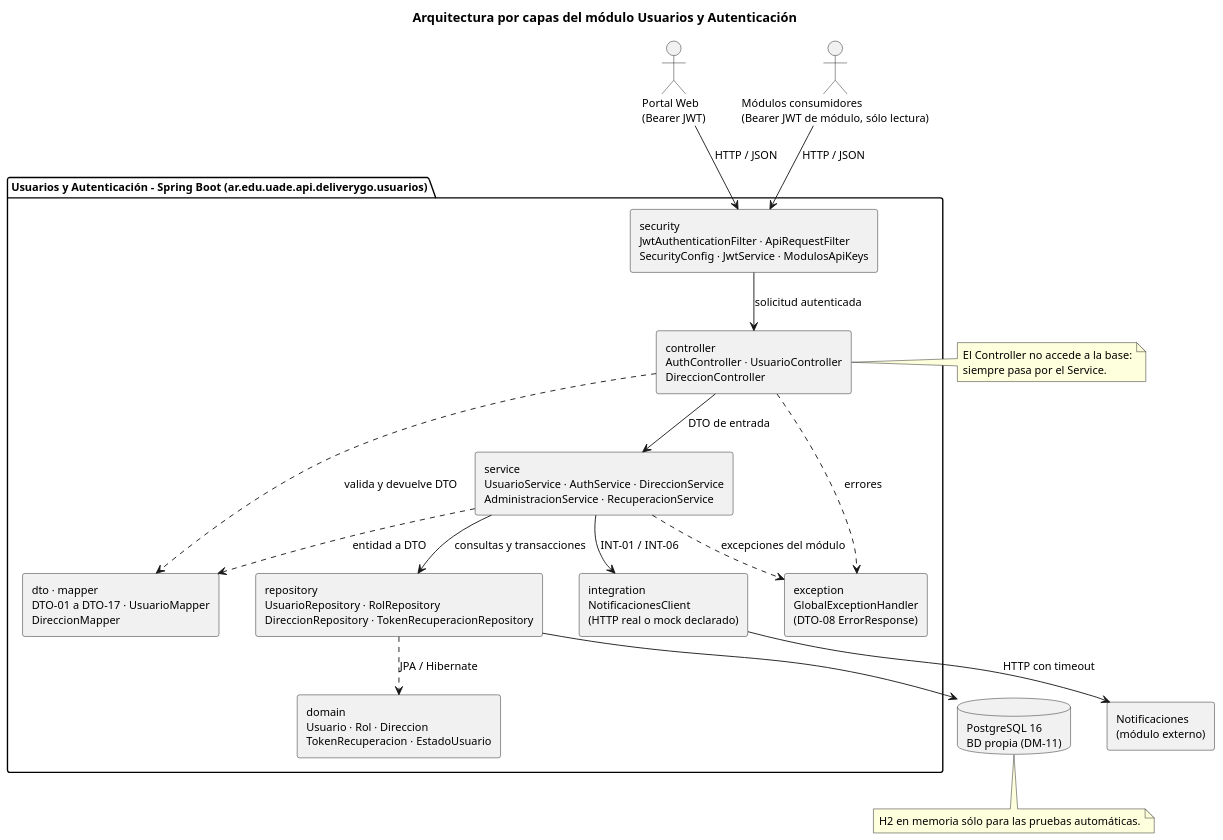
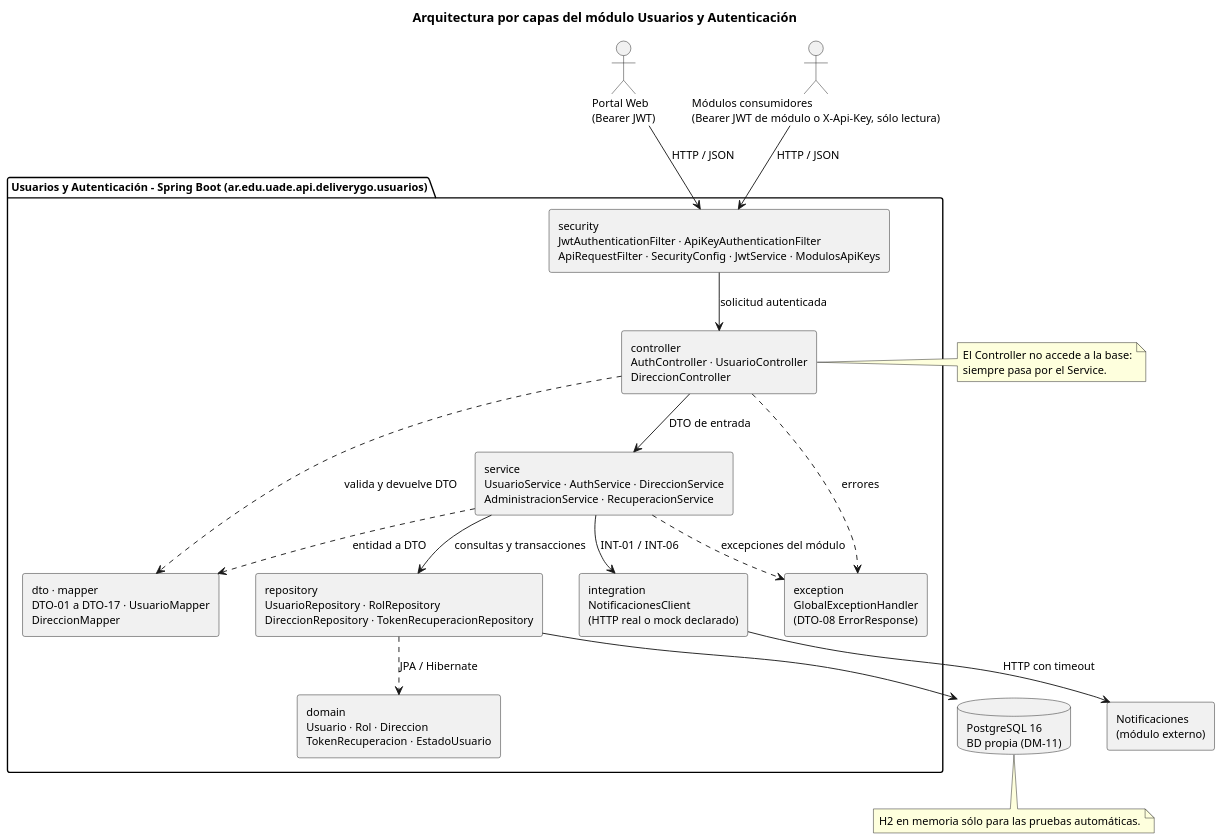
One commit to CarlaGorgal2002/deliverygo-usuarios-auth changed the diagram in doc/Diagramas/arquitectura.puml. Above: the diagram before and after it, drawn with PlantUML. The commit also changed 25 other files, not shown here.

First line of the commit message:
feat: Usuarios acepta el JWT de módulo y también X-Api-Key

```diff
--- a/doc/Diagramas/arquitectura.puml
+++ b/doc/Diagramas/arquitectura.puml
@@ -1,44 +1,44 @@
 @startuml arquitectura
 skinparam dpi 120
 skinparam shadowing false
 skinparam defaultFontName Arial
 skinparam defaultFontSize 12
 skinparam componentStyle rectangle
 skinparam nodesep 40
 skinparam ranksep 45
 title Arquitectura por capas del módulo Usuarios y Autenticación
 
 actor "Portal Web\n(Bearer JWT)" as Portal
-actor "Módulos consumidores\n(Bearer JWT de módulo, sólo lectura)" as Mods
+actor "Módulos consumidores\n(Bearer JWT de módulo o X-Api-Key, sólo lectura)" as Mods
 
 package "Usuarios y Autenticación - Spring Boot (ar.edu.uade.api.deliverygo.usuarios)" {
-  component "security\nJwtAuthenticationFilter · ApiRequestFilter\nSecurityConfig · JwtService · ModulosApiKeys" as Sec
+  component "security\nJwtAuthenticationFilter · ApiKeyAuthenticationFilter\nApiRequestFilter · SecurityConfig · JwtService · ModulosApiKeys" as Sec
   component "controller\nAuthController · UsuarioController\nDireccionController" as Ctrl
   component "dto · mapper\nDTO-01 a DTO-17 · UsuarioMapper\nDireccionMapper" as Dto
   component "service\nUsuarioService · AuthService · DireccionService\nAdministracionService · RecuperacionService" as Srv
   component "repository\nUsuarioRepository · RolRepository\nDireccionRepository · TokenRecuperacionRepository" as Rep
   component "domain\nUsuario · Rol · Direccion\nTokenRecuperacion · EstadoUsuario" as Dom
   component "integration\nNotificacionesClient\n(HTTP real o mock declarado)" as Int
   component "exception\nGlobalExceptionHandler\n(DTO-08 ErrorResponse)" as Exc
 }
 
 database "PostgreSQL 16\nBD propia (DM-11)" as DB
 component "Notificaciones\n(módulo externo)" as Notif
 
 Portal --> Sec : HTTP / JSON
 Mods --> Sec : HTTP / JSON
 Sec --> Ctrl : solicitud autenticada
 Ctrl --> Srv : DTO de entrada
 Ctrl ..> Dto : valida y devuelve DTO
 Srv --> Rep : consultas y transacciones
 Srv ..> Dto : entidad a DTO
 Srv --> Int : INT-01 / INT-06
 Rep ..> Dom : JPA / Hibernate
 Rep --> DB
 Int --> Notif : HTTP con timeout
 Ctrl ..> Exc : errores
 Srv ..> Exc : excepciones del módulo
 
 note bottom of DB : H2 en memoria sólo para las pruebas automáticas.
 note right of Ctrl : El Controller no accede a la base:\nsiempre pasa por el Service.
 @enduml
```
